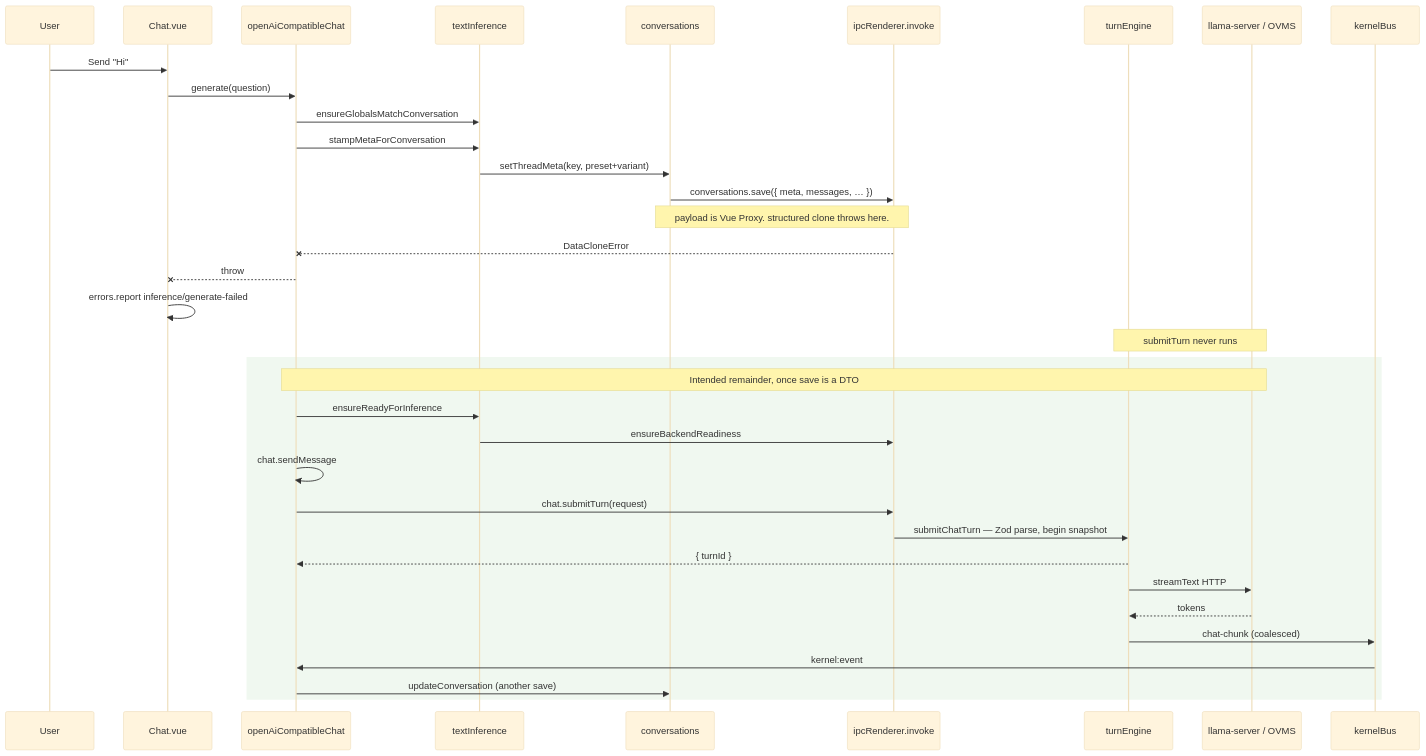
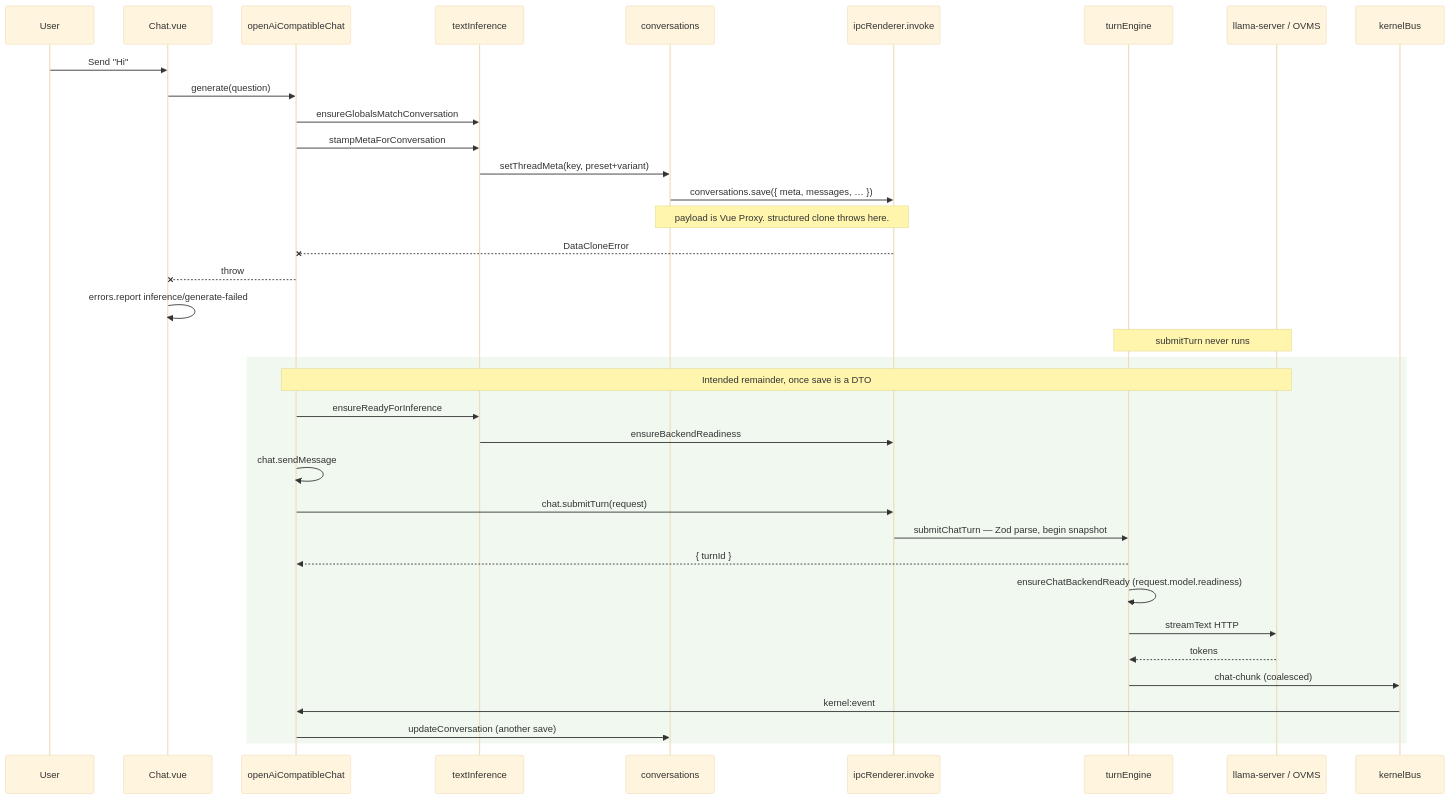
Before and after one commit to TNG/AI-Playground: the fifth of 7 diagrams in docs/architecture-as-landed.md, drawn with Mermaid (base theme). The commit also changed other lines of this file and 14 other files, not shown here.

````diff
--- a/docs/architecture-as-landed.md
+++ b/docs/architecture-as-landed.md
@@ -235,39 +240,40 @@
 ```mermaid
 sequenceDiagram
   participant U as User
   participant Chat as Chat.vue
   participant Store as openAiCompatibleChat
   participant TI as textInference
   participant Conv as conversations
   participant IPC as ipcRenderer.invoke
   participant Eng as turnEngine
   participant LLM as llama-server / OVMS
   participant Bus as kernelBus
 
   U->>Chat: Send "Hi"
   Chat->>Store: generate(question)
   Store->>TI: ensureGlobalsMatchConversation
   Store->>TI: stampMetaForConversation
   TI->>Conv: setThreadMeta(key, preset+variant)
   Conv->>IPC: conversations.save({ meta, messages, … })
   Note over Conv,IPC: payload is Vue Proxy. structured clone throws here.
   IPC--xStore: DataCloneError
   Store--xChat: throw
   Chat->>Chat: errors.report inference/generate-failed
   Note over Eng,LLM: submitTurn never runs
 
   rect rgb(240, 248, 240)
   Note over Store,LLM: Intended remainder, once save is a DTO
   Store->>TI: ensureReadyForInference
   TI->>IPC: ensureBackendReadiness
   Store->>Store: chat.sendMessage
   Store->>IPC: chat.submitTurn(request)
   IPC->>Eng: submitChatTurn — Zod parse, begin snapshot
   Eng-->>Store: { turnId }
+  Eng->>Eng: ensureChatBackendReady (request.model.readiness)
   Eng->>LLM: streamText HTTP
   LLM-->>Eng: tokens
   Eng->>Bus: chat-chunk (coalesced)
   Bus->>Store: kernel:event
   Store->>Conv: updateConversation (another save)
   end
 ```
````
